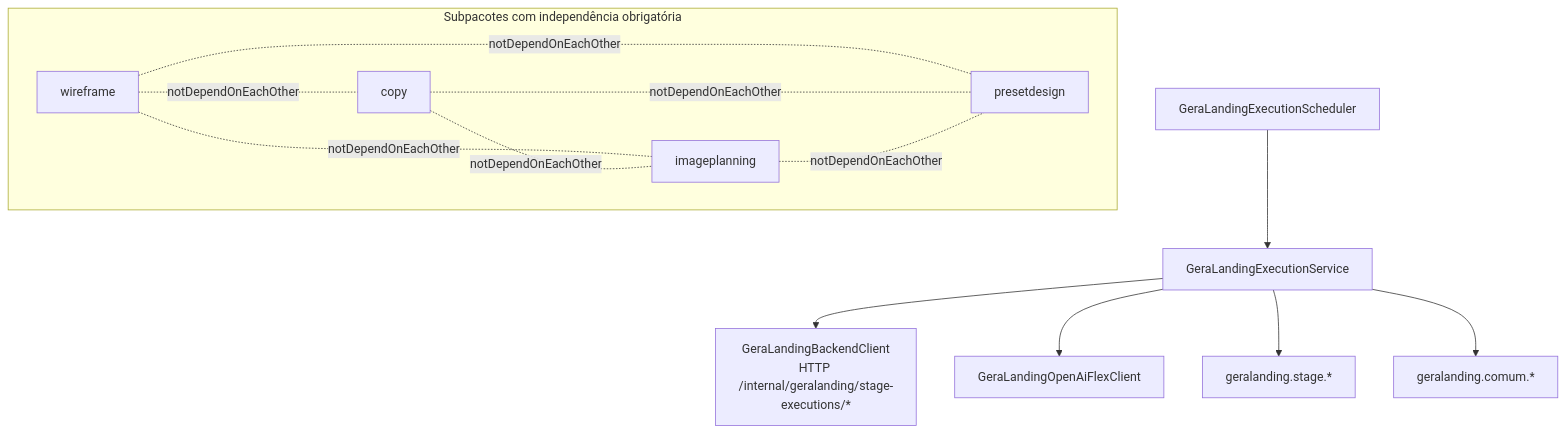
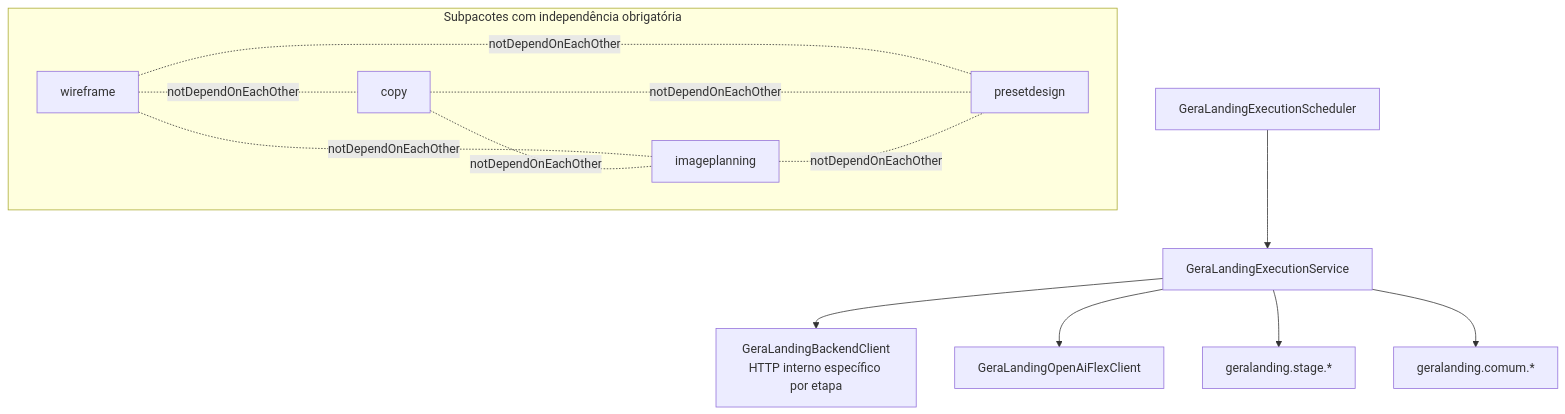
Before and after one commit to paulofor/marketing-hub: the second of 2 diagrams in docs/canonical/geralanding-arquitetura-canon.v1.md, drawn with Mermaid. The commit also changed other lines of this file and 6 other files, not shown here.

Commit message:
Keep GeraLanding backend unchanged

````diff
--- a/docs/canonical/geralanding-arquitetura-canon.v1.md
+++ b/docs/canonical/geralanding-arquitetura-canon.v1.md
@@ -36,23 +36,23 @@
 ```mermaid
 flowchart TD
     SCH[GeraLandingExecutionScheduler] --> EXEC[GeraLandingExecutionService]
-    EXEC --> BACK[GeraLandingBackendClient<br/>HTTP /internal/geralanding/stage-executions/*]
+    EXEC --> BACK[GeraLandingBackendClient<br/>HTTP interno específico por etapa]
     EXEC --> OPENAI[GeraLandingOpenAiFlexClient]
     EXEC --> STAGE[geralanding.stage.*]
     EXEC --> COMUM[geralanding.comum.*]
 
     subgraph SLICES[Subpacotes com independência obrigatória]
       SW[wireframe]
       SC[copy]
       SI[imageplanning]
       SP[presetdesign]
     end
 
     SW -. notDependOnEachOther .- SC
     SW -. notDependOnEachOther .- SI
     SW -. notDependOnEachOther .- SP
     SC -. notDependOnEachOther .- SI
     SC -. notDependOnEachOther .- SP
     SI -. notDependOnEachOther .- SP
 
 ```
````
